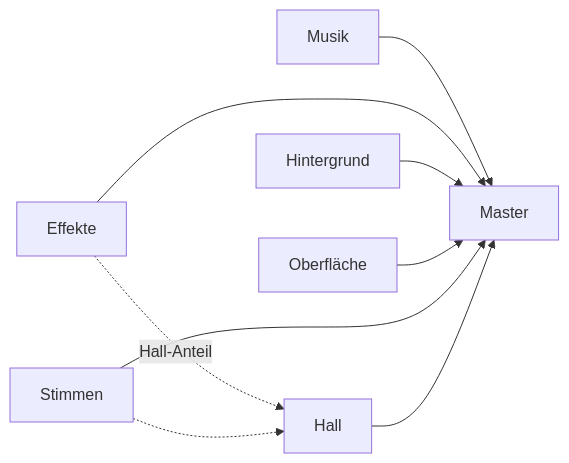
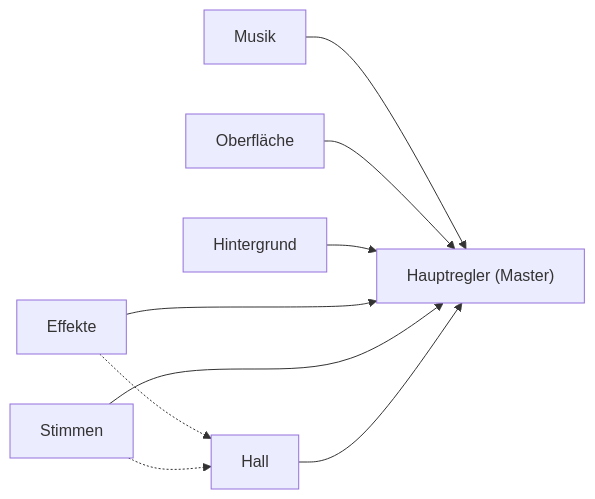
Before and after one commit to ChristianHohlfeld/kernengine.de: the diagram in kern/docs/buch-gruen/07-audio.md, drawn with Mermaid. The commit also changed other lines of this file and 9 other files, not shown here.

````diff
--- a/kern/docs/buch-gruen/07-audio.md
+++ b/kern/docs/buch-gruen/07-audio.md
@@ -162,11 +162,12 @@
 ```mermaid
+%% Bildunterschrift: Fünf Busse fahren zum Hauptregler; ein Teil der Töne nimmt den Umweg über den Hall
 flowchart LR
-  M[Musik] --> MA[Master]
+  M[Musik] --> MA["Hauptregler (Master)"]
+  U[Oberfläche] --> MA
+  A[Hintergrund] --> MA
   S[Effekte] --> MA
-  A[Hintergrund] --> MA
-  U[Oberfläche] --> MA
   V[Stimmen] --> MA
-  S -. Hall-Anteil .-> H[Hall]
+  S -.-> H[Hall]
   V -.-> H
   H --> MA
 ```
````
